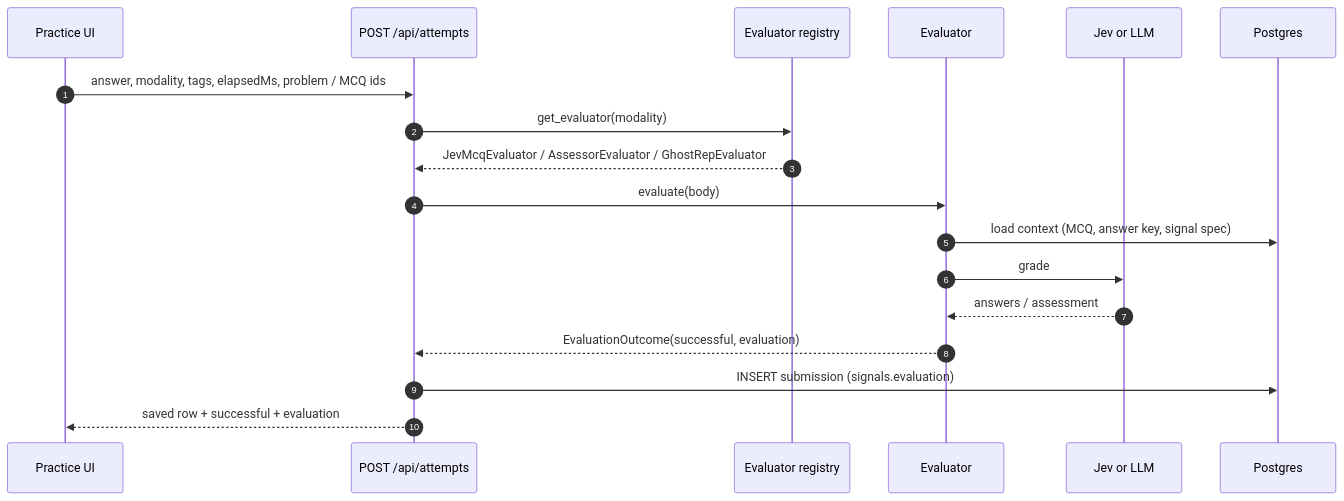
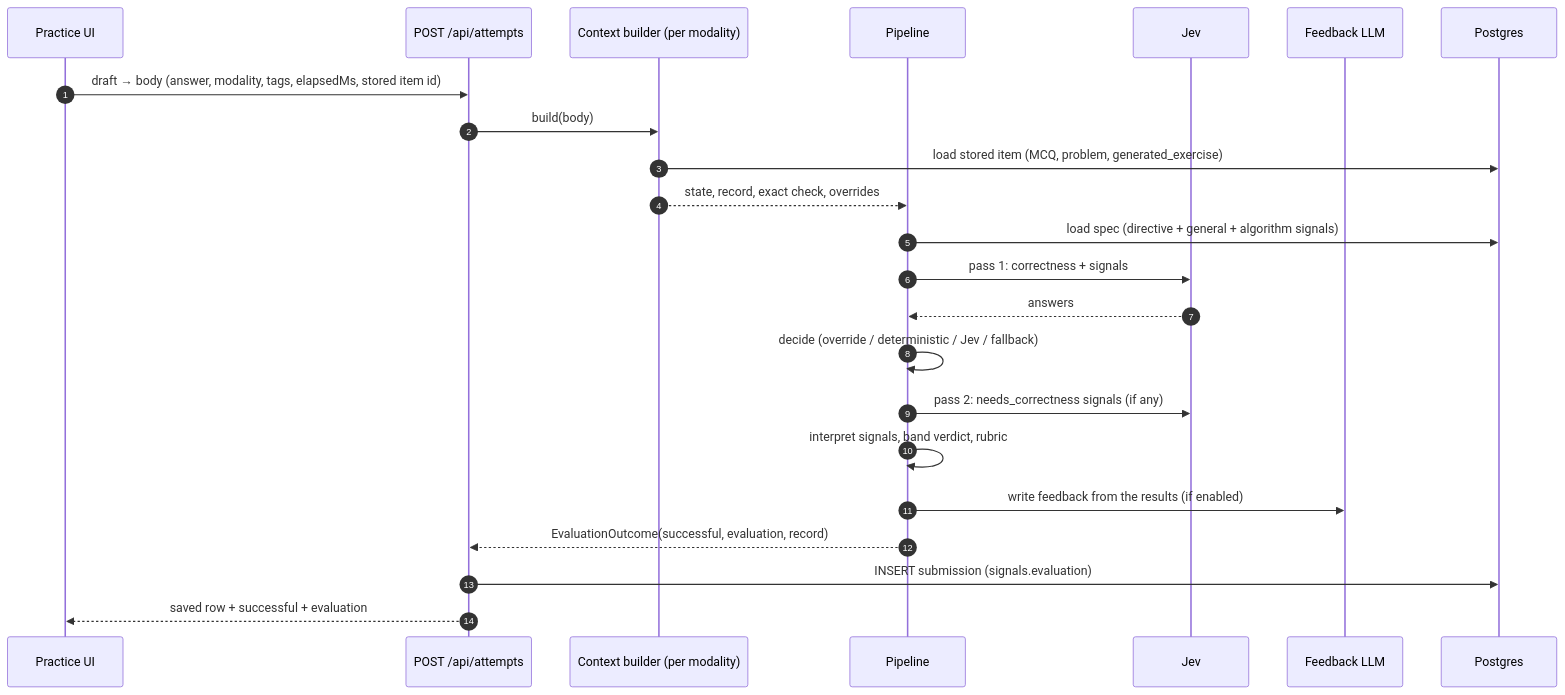
Before and after one commit to maxmarzolf/system1: the second of 5 diagrams in docs/data-flow.md, drawn with Mermaid. The commit also changed other lines of this file and 8 other files, not shown here.

````diff
--- a/docs/data-flow.md
+++ b/docs/data-flow.md
@@ -61,21 +61,26 @@
 ```mermaid
 sequenceDiagram
   autonumber
   participant UI as Practice UI
   participant API as POST /api/attempts
-  participant Reg as Evaluator registry
-  participant Ev as Evaluator
-  participant Ext as Jev or LLM
+  participant Ctx as Context builder (per modality)
+  participant P as Pipeline
+  participant Jev
+  participant LLM as Feedback LLM
   participant DB as Postgres
 
-  UI->>API: answer, modality, tags, elapsedMs, problem / MCQ ids
-  API->>Reg: get_evaluator(modality)
-  Reg-->>API: JevMcqEvaluator / AssessorEvaluator / GhostRepEvaluator
-  API->>Ev: evaluate(body)
-  Ev->>DB: load context (MCQ, answer key, signal spec)
-  Ev->>Ext: grade
-  Ext-->>Ev: answers / assessment
-  Ev-->>API: EvaluationOutcome(successful, evaluation)
+  UI->>API: draft → body (answer, modality, tags, elapsedMs, stored item id)
+  API->>Ctx: build(body)
+  Ctx->>DB: load stored item (MCQ, problem, generated_exercise)
+  Ctx-->>P: state, record, exact check, overrides
+  P->>DB: load spec (directive + general + algorithm signals)
+  P->>Jev: pass 1: correctness + signals
+  Jev-->>P: answers
+  P->>P: decide (override / deterministic / Jev / fallback)
+  P->>Jev: pass 2: needs_correctness signals (if any)
+  P->>P: interpret signals, band verdict, rubric
+  P->>LLM: write feedback from the results (if enabled)
+  P-->>API: EvaluationOutcome(successful, evaluation, record)
   API->>DB: INSERT submission (signals.evaluation)
   API-->>UI: saved row + successful + evaluation
 ```
````
